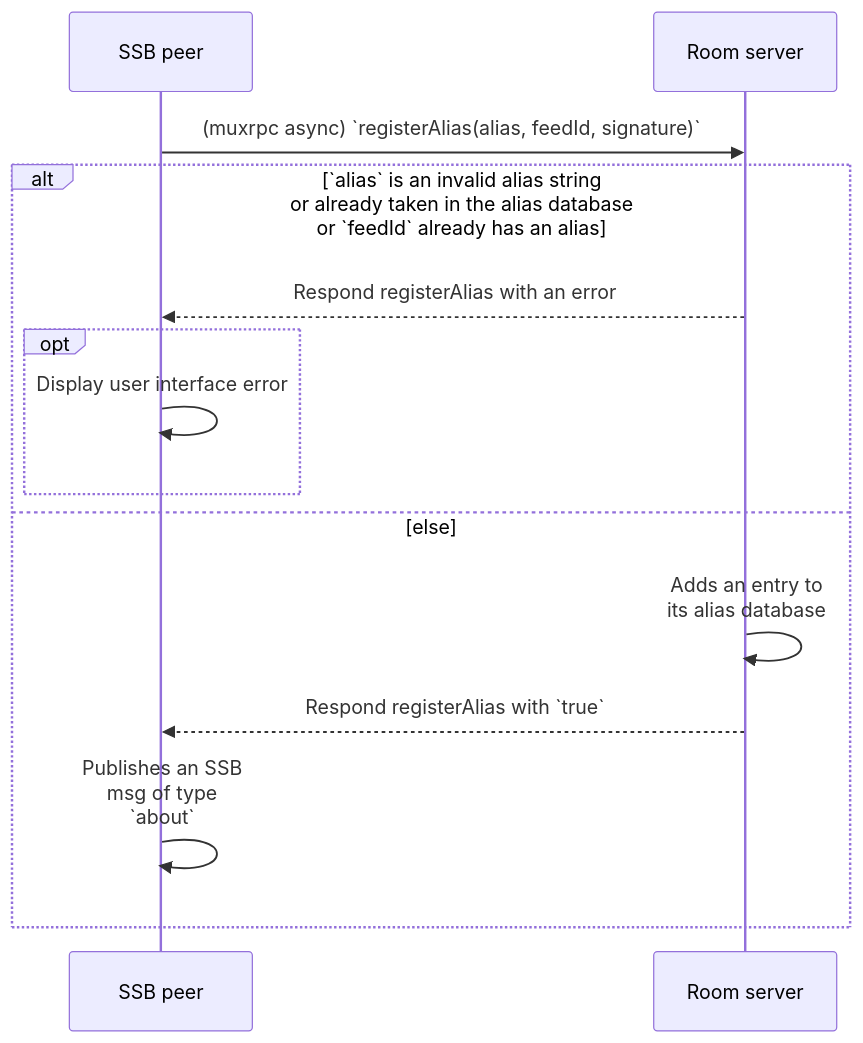
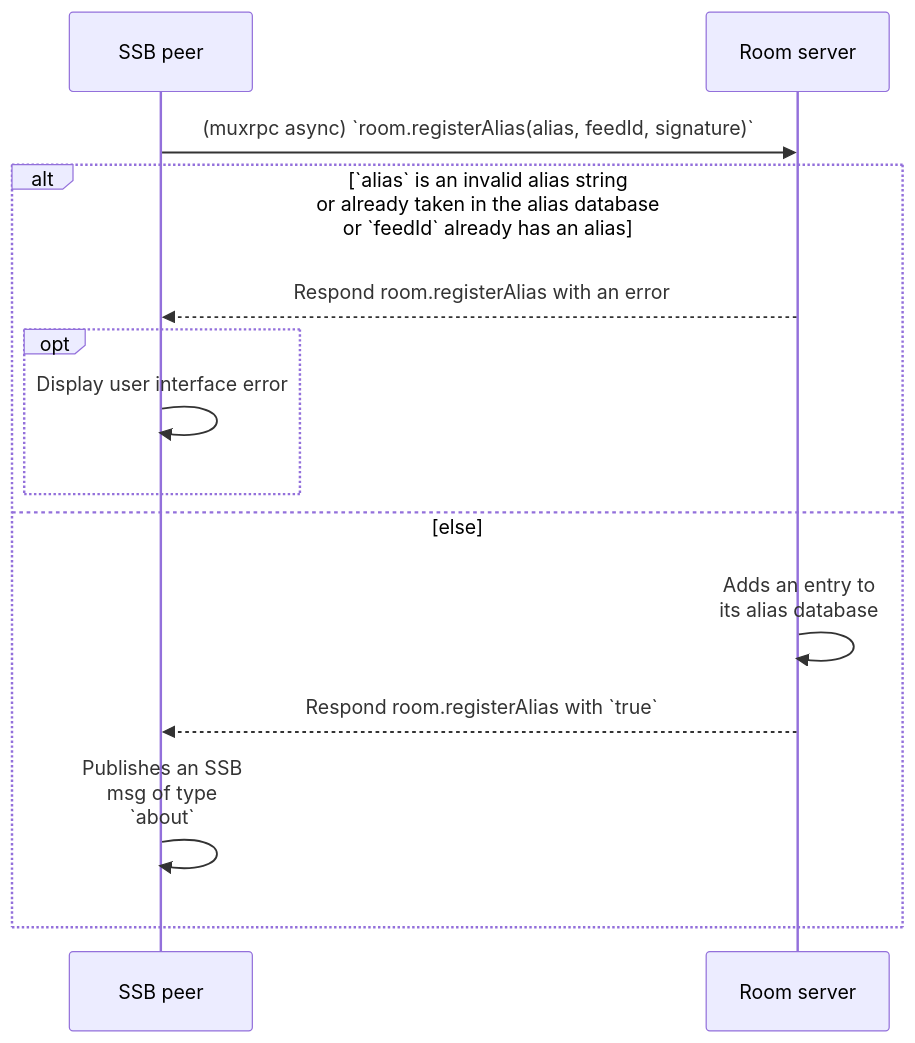
Before and after one commit to ssbc/rooms2: the diagram in docs/Alias/Registration.md, drawn with Mermaid. The commit also changed other lines of this file and 4 other files, not shown here.

````diff
--- a/docs/Alias/Registration.md
+++ b/docs/Alias/Registration.md
@@ -27,17 +27,17 @@
 ```mermaid
 sequenceDiagram
   participant U as SSB peer
   participant R as Room server
 
-  U->>R: (muxrpc async) `registerAlias(alias, feedId, signature)`
+  U->>R: (muxrpc async) `room.registerAlias(alias, feedId, signature)`
   alt `alias` is an invalid alias string<br/>or already taken in the alias database<br/>or `feedId` already has an alias
-    R-->>U: Respond registerAlias with an error
+    R-->>U: Respond room.registerAlias with an error
     opt
         U->>U: Display user interface error
     end
   else else
     R->>R: Adds an entry to<br/>its alias database
-    R-->>U: Respond registerAlias with `true`
+    R-->>U: Respond room.registerAlias with `true`
     U->>U: Publishes an SSB<br/>msg of type<br/>`about`
   end
 ```
````
